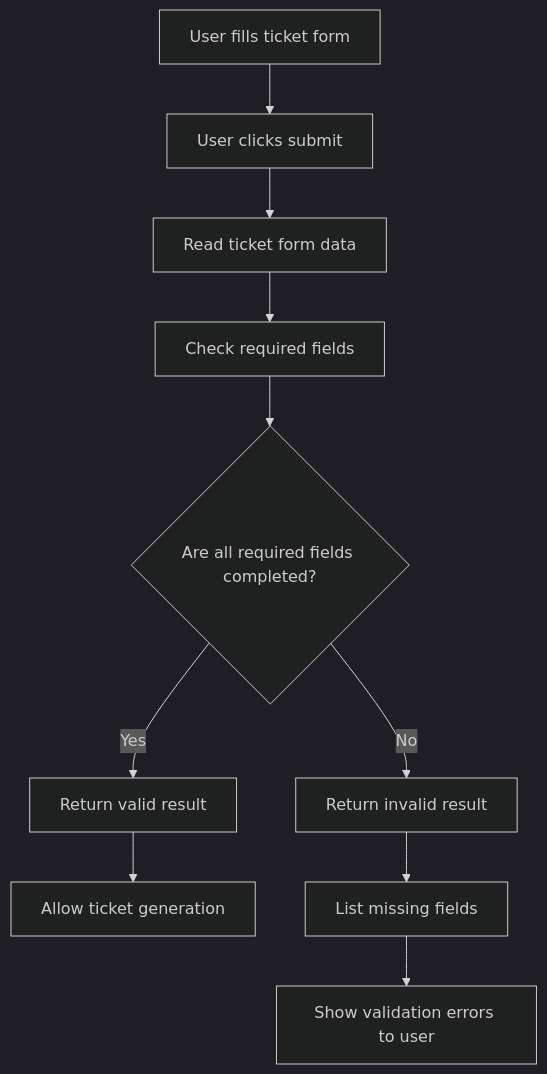
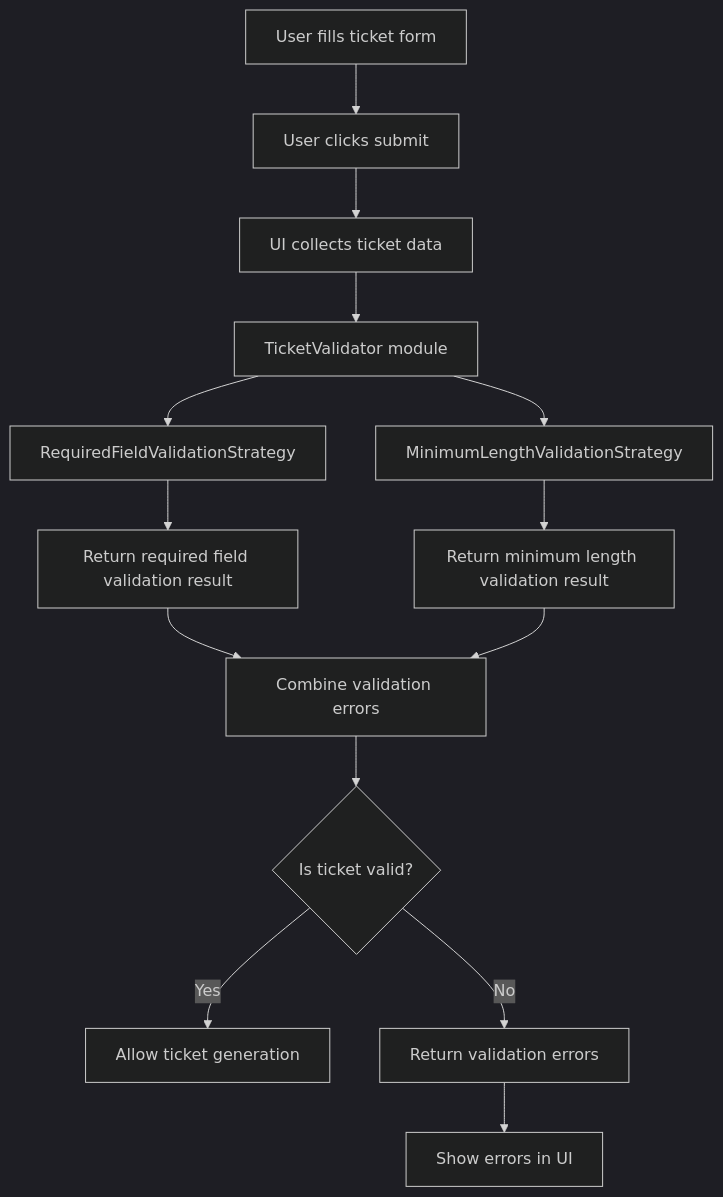
The diagram in docs/architecture/flow_ticket_validation.md (apreitn/SE-project-service-desk-ticket-helper), drawn with Mermaid (dark theme) before and after one commit. The commit also changed other lines of this file, not shown here.

````diff
--- a/docs/architecture/flow_ticket_validation.md
+++ b/docs/architecture/flow_ticket_validation.md
@@ -6,15 +6,21 @@
 ```mermaid
 flowchart TD
     A[User fills ticket form] --> B[User clicks submit]
-    B --> C[Read ticket form data]
-    C --> D[Check required fields]
+    B --> C[UI collects ticket data]
+    C --> D[TicketValidator module]
 
-    D --> E{Are all required fields completed?}
+    D --> E[RequiredFieldValidationStrategy]
+    D --> F[MinimumLengthValidationStrategy]
 
-    E -->|Yes| F[Return valid result]
-    F --> G[Allow ticket generation]
+    E --> G[Return required field validation result]
+    F --> H[Return minimum length validation result]
 
-    E -->|No| H[Return invalid result]
-    H --> I[List missing fields]
-    I --> J[Show validation errors to user]
+    G --> I[Combine validation errors]
+    H --> I
+
+    I --> J{Is ticket valid?}
+
+    J -->|Yes| K[Allow ticket generation]
+    J -->|No| L[Return validation errors]
+    L --> M[Show errors in UI]
 ```
````
